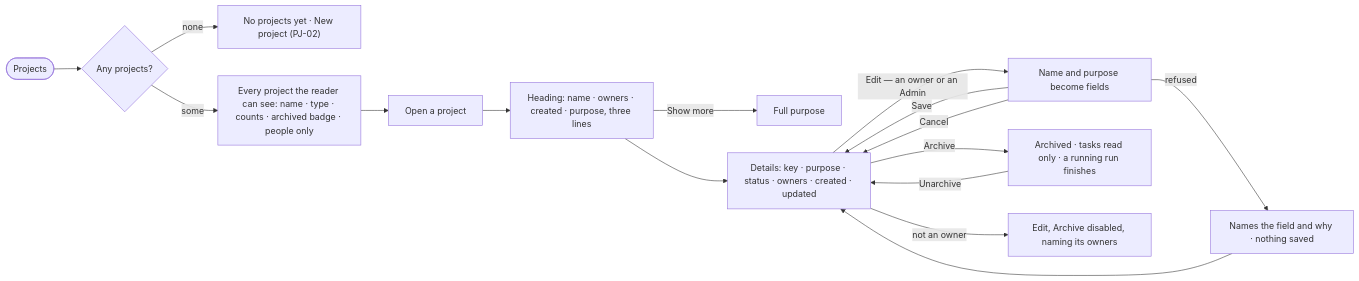
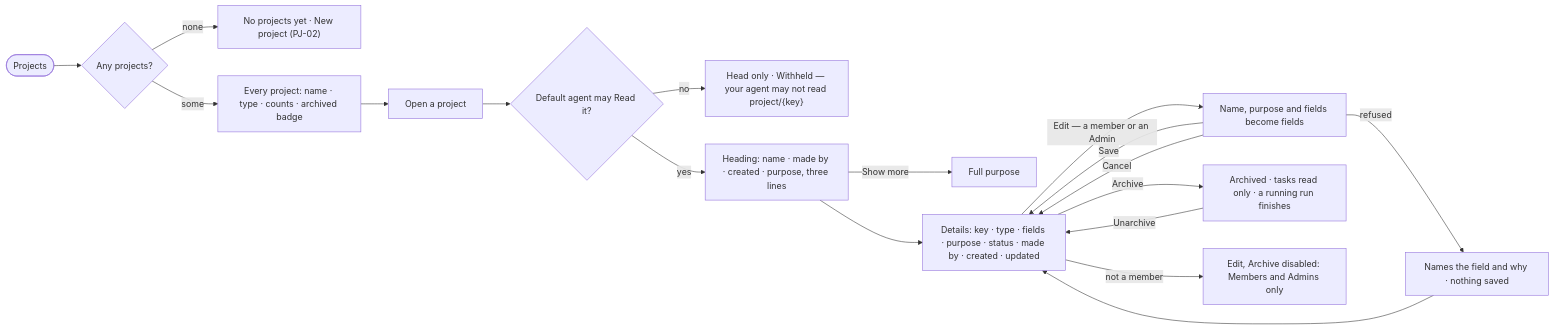
One commit to invana/invana changed the diagram in specs/capabilities/projects/features/PJ-F01-projects-and-tasks/stories/PJ-01-see-every-project-and-open-one/story.md. Above: the diagram before and after it, drawn with Mermaid. The commit also changed other lines of this file and 300 other files, not shown here.

````diff
--- a/specs/capabilities/projects/features/PJ-F01-projects-and-tasks/stories/PJ-01-see-every-project-and-open-one/story.md
+++ b/specs/capabilities/projects/features/PJ-F01-projects-and-tasks/stories/PJ-01-see-every-project-and-open-one/story.md
@@ -30,17 +30,19 @@
 ```mermaid
 flowchart LR
   s([Projects]) --> any{"Any projects?"}
   any -->|none| e["No projects yet · New project (PJ-02)"]
-  any -->|some| l["Every project the reader can see: name · type · counts · archived badge · people only"]
+  any -->|some| l["Every project: name · type · counts · archived badge"]
   l --> o["Open a project"]
-  o --> h["Heading: name · owners · created · purpose, three lines"]
+  o --> rd{"Default agent may Read it?"}
+  rd -->|no| wh["Head only · Withheld — your agent may not read project/{key}"]
+  rd -->|yes| h["Heading: name · made by · created · purpose, three lines"]
   h -->|Show more| h2["Full purpose"]
-  h --> d["Details: key · purpose · status · owners · created · updated"]
-  d -->|Edit — an owner or an Admin| ed["Name and purpose become fields"]
+  h --> d["Details: key · type · fields · purpose · status · made by · created · updated"]
+  d -->|Edit — a member or an Admin| ed["Name, purpose and fields become fields"]
   ed -->|Save| d
   ed -->|Cancel| d
   ed -->|refused| r["Names the field and why · nothing saved"] --> d
   d -->|Archive| ar["Archived · tasks read only · a running run finishes"]
   ar -->|Unarchive| d
-  d -->|not an owner| na["Edit, Archive disabled, naming its owners"]
+  d -->|not a member| na["Edit, Archive disabled: Members and Admins only"]
 ```
````
